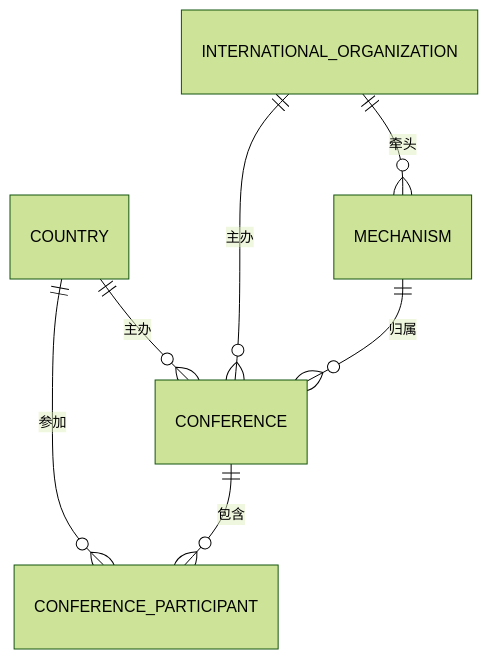
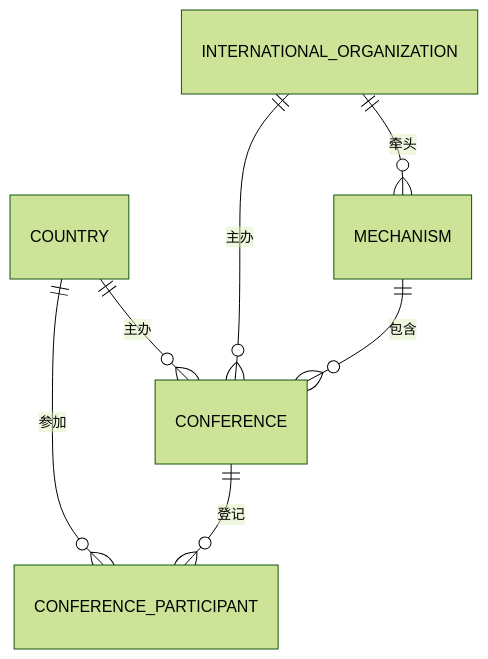
The first of 4 diagrams in project/README.md (MuChen-ye/multilateral-diplomacy-system-schoolwork-), drawn with Mermaid (forest theme) before and after one commit. The commit also changed other lines of this file and 7 other files, not shown here.

````diff
--- a/project/README.md
+++ b/project/README.md
@@ -72,9 +72,9 @@
 ```mermaid
 erDiagram
     COUNTRY ||--o{ CONFERENCE : "主办"
     COUNTRY ||--o{ CONFERENCE_PARTICIPANT : "参加"
-    CONFERENCE ||--o{ CONFERENCE_PARTICIPANT : "包含"
+    CONFERENCE ||--o{ CONFERENCE_PARTICIPANT : "登记"
     INTERNATIONAL_ORGANIZATION ||--o{ CONFERENCE : "主办"
     INTERNATIONAL_ORGANIZATION ||--o{ MECHANISM : "牵头"
-    MECHANISM ||--o{ CONFERENCE : "归属"
+    MECHANISM ||--o{ CONFERENCE : "包含"
 ```
````
